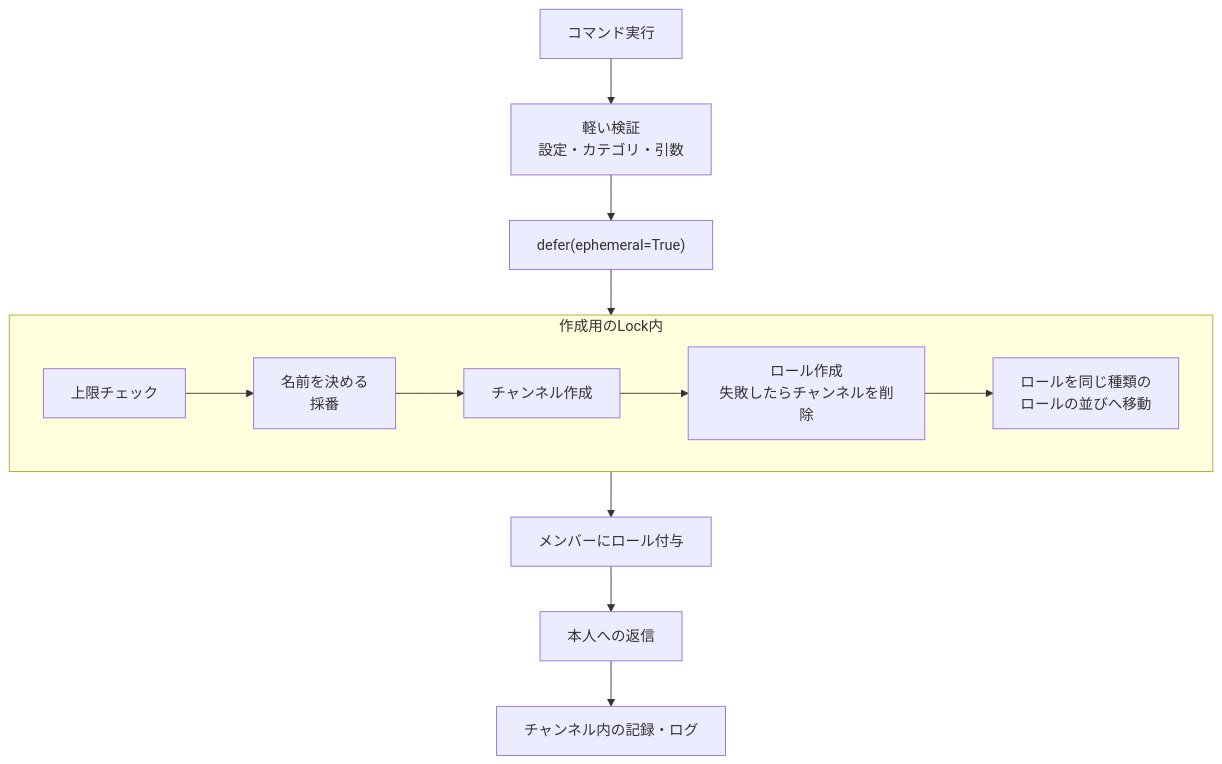
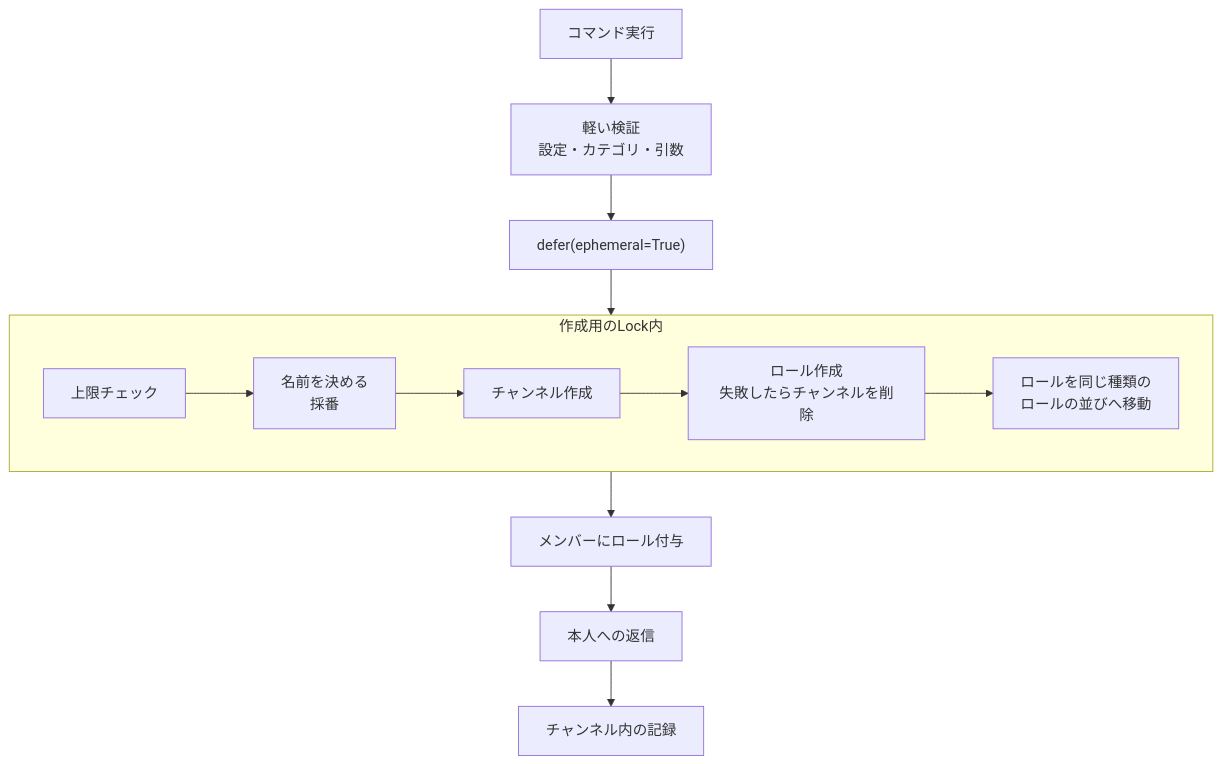
Before and after one commit to TECH-C-InTech/intech-discord-bot: the diagram in docs/ARCHITECTURE.md, drawn with Mermaid. The commit also changed other lines of this file and 9 other files, not shown here.

````diff
--- a/docs/ARCHITECTURE.md
+++ b/docs/ARCHITECTURE.md
@@ -206,15 +187,15 @@
 ```mermaid
 flowchart TD
     A[コマンド実行] --> B[軽い検証<br/>設定・カテゴリ・引数]
     B --> C["defer(ephemeral=True)"]
     C --> L
     subgraph L[作成用のLock内]
         D[上限チェック] --> E[名前を決める<br/>採番]
         E --> F[チャンネル作成]
         F --> H[ロール作成<br/>失敗したらチャンネルを削除]
         H --> I[ロールを同じ種類の<br/>ロールの並びへ移動]
     end
     L --> J[メンバーにロール付与]
     J --> K[本人への返信]
-    K --> M[チャンネル内の記録・ログ]
+    K --> M[チャンネル内の記録]
 ```
````
